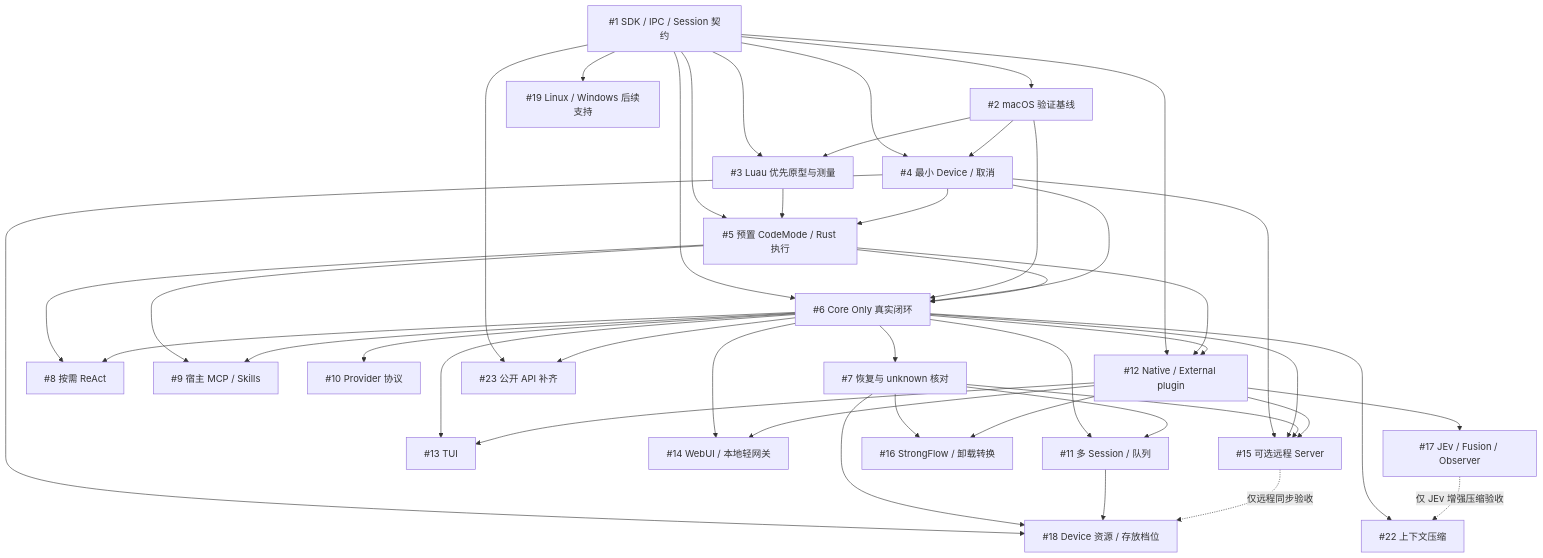
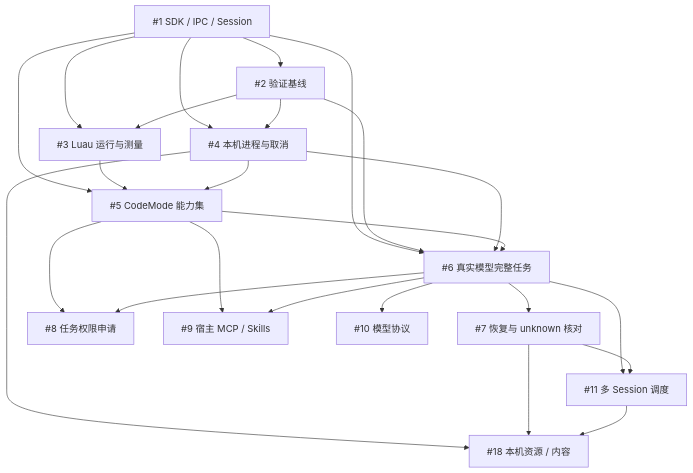
The diagram in docs/development-map.md (changw98ic/CAYW), drawn with Mermaid before and after one commit. The commit also changed other lines of this file, not shown here.

First line of the commit message:
docs: align roadmap with macOS headless mainline

````diff
--- a/docs/development-map.md
+++ b/docs/development-map.md
@@ -94,67 +70,38 @@
 ```mermaid
 flowchart TD
-  I1["#1 SDK / IPC / Session 契约"]
-  I2["#2 macOS 验证基线"]
-  I3["#3 Luau 优先原型与测量"]
-  I4["#4 最小 Device / 取消"]
-  I5["#5 预置 CodeMode / Rust 执行"]
-  I6["#6 Core Only 真实闭环"]
+  I1["#1 SDK / IPC / Session"]
+  I2["#2 验证基线"]
+  I3["#3 Luau 运行与测量"]
+  I4["#4 本机进程与取消"]
+  I5["#5 CodeMode 能力集"]
+  I6["#6 真实模型完整任务"]
   I7["#7 恢复与 unknown 核对"]
-  I8["#8 按需 ReAct"]
+  I8["#8 任务权限申请"]
   I9["#9 宿主 MCP / Skills"]
-  I10["#10 Provider 协议"]
-  I11["#11 多 Session / 队列"]
-  I12["#12 Native / External plugin"]
-  I13["#13 TUI"]
-  I14["#14 WebUI / 本地轻网关"]
-  I15["#15 可选远程 Server"]
-  I16["#16 StrongFlow / 卸载转换"]
-  I17["#17 JEv / Fusion / Observer"]
-  I18["#18 Device 资源 / 存放档位"]
-  I19["#19 Linux / Windows 后续支持"]
-  I22["#22 上下文压缩"]
-  I23["#23 公开 API 补齐"]
-  I1 --> I19
+  I10["#10 模型协议"]
+  I11["#11 多 Session 调度"]
+  I18["#18 本机资源 / 内容"]
   I1 --> I2
   I1 --> I3
   I2 --> I3
   I1 --> I4
   I2 --> I4
   I1 --> I5
   I3 --> I5
   I4 --> I5
   I1 --> I6
   I2 --> I6
   I4 --> I6
   I5 --> I6
   I6 --> I7
   I5 --> I8
   I6 --> I8
   I5 --> I9
   I6 --> I9
   I6 --> I10
   I6 --> I11
   I7 --> I11
-  I1 --> I12
-  I5 --> I12
-  I6 --> I12
-  I6 --> I13
-  I12 --> I13
-  I6 --> I14
-  I12 --> I14
-  I4 --> I15
-  I6 --> I15
-  I7 --> I15
-  I12 --> I15
-  I7 --> I16
-  I12 --> I16
-  I12 --> I17
   I4 --> I18
   I7 --> I18
   I11 --> I18
-  I15 -. 仅远程同步验收 .-> I18
-  I6 --> I22
-  I17 -. 仅 JEv 增强压缩验收 .-> I22
-  I1 --> I23
-  I6 --> I23
 ```
````
